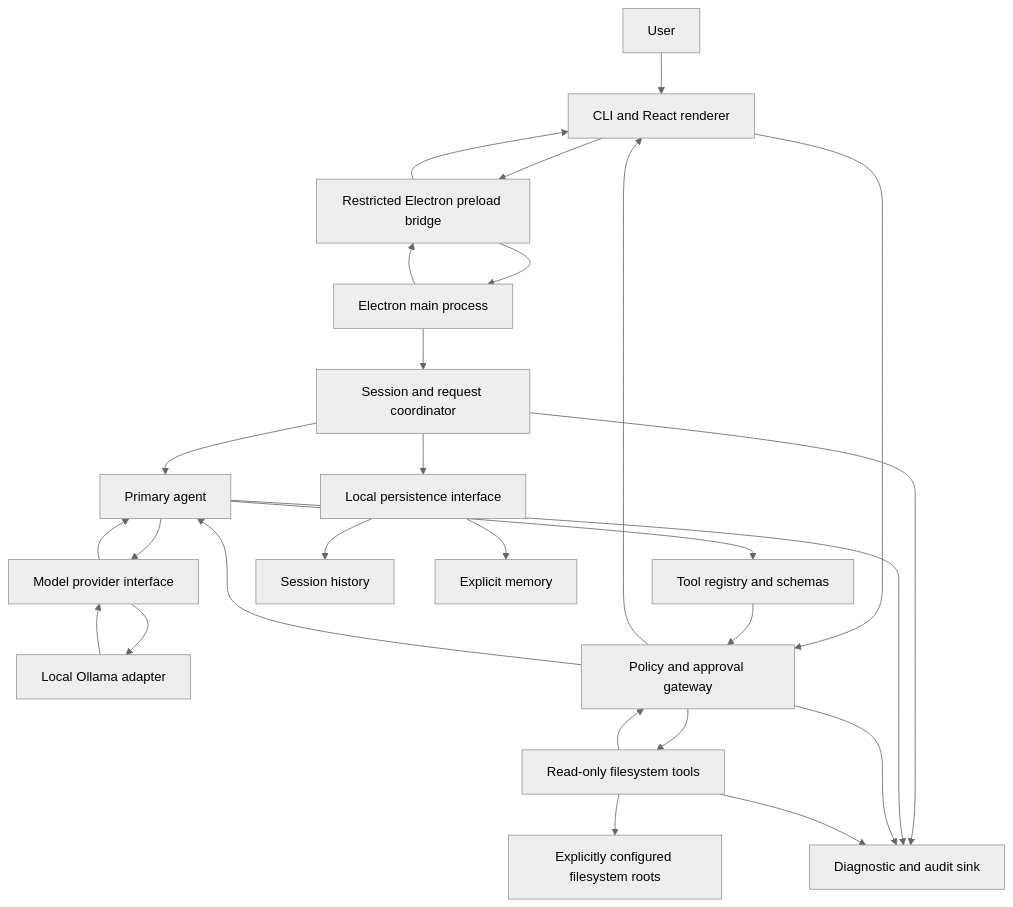
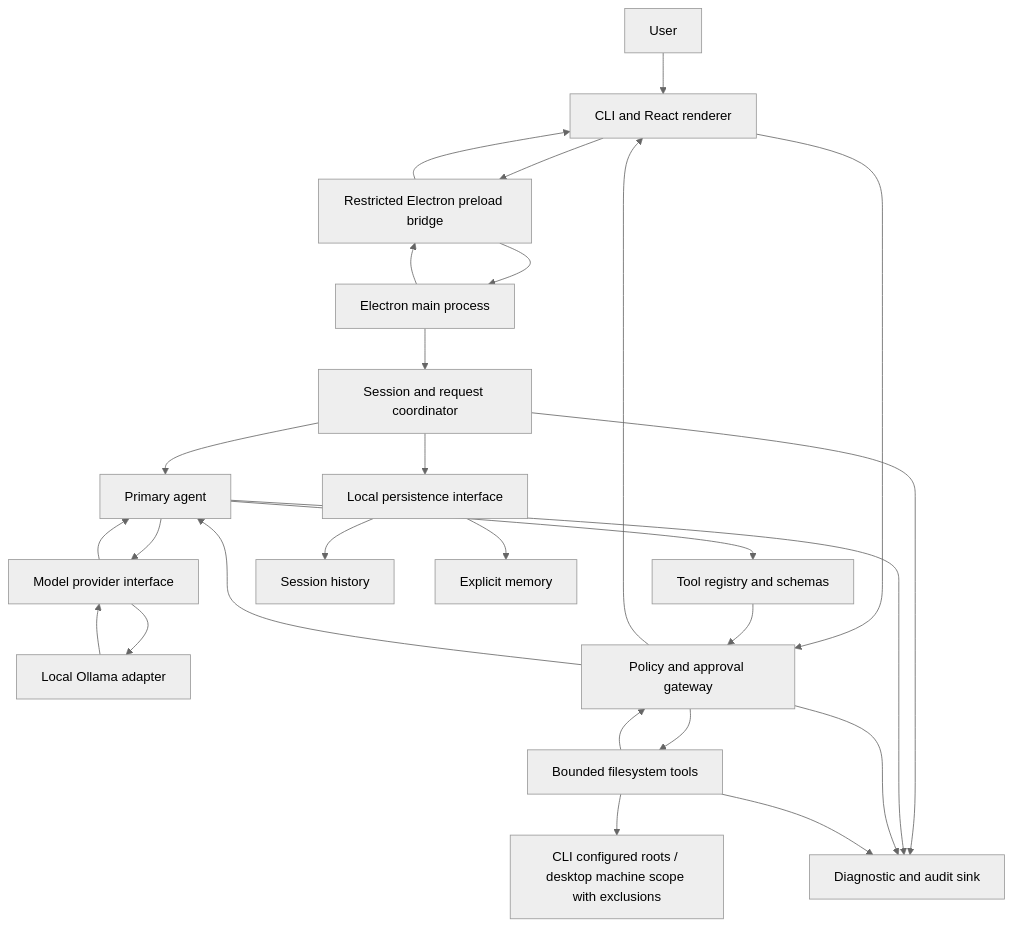
One commit to krnitish0608/Vyomara changed the diagram in docs/architecture.md. Above: the diagram before and after it, drawn with Mermaid (neutral theme). The commit also changed other lines of this file and 28 other files, not shown here.

````diff
--- a/docs/architecture.md
+++ b/docs/architecture.md
@@ -26,35 +25,35 @@
 ```mermaid
 flowchart TD
     User[User]
     UI[CLI and React renderer]
     Preload[Restricted Electron preload bridge]
     Main[Electron main process]
     Session[Session and request coordinator]
     Agent[Primary agent]
     ProviderPort[Model provider interface]
     Ollama[Local Ollama adapter]
     ToolRegistry[Tool registry and schemas]
     Policy[Policy and approval gateway]
-    Tools[Read-only filesystem tools]
-    Roots[Explicitly configured filesystem roots]
+    Tools[Bounded filesystem tools]
+    Roots[CLI configured roots / desktop machine scope with exclusions]
     Store[Local persistence interface]
     History[Session history]
     Memory[Explicit memory]
     Audit[Diagnostic and audit sink]
 
     User --> UI --> Preload --> Main --> Session --> Agent
     Main --> Preload --> UI
     Policy --> UI
     UI --> Policy
     Agent --> ProviderPort --> Ollama
     Ollama --> ProviderPort --> Agent
     Agent --> ToolRegistry --> Policy --> Tools --> Roots
     Tools --> Policy --> Agent
     Session --> Store
     Store --> History
     Store --> Memory
     Session --> Audit
     Agent --> Audit
     Policy --> Audit
     Tools --> Audit
 ```
````
